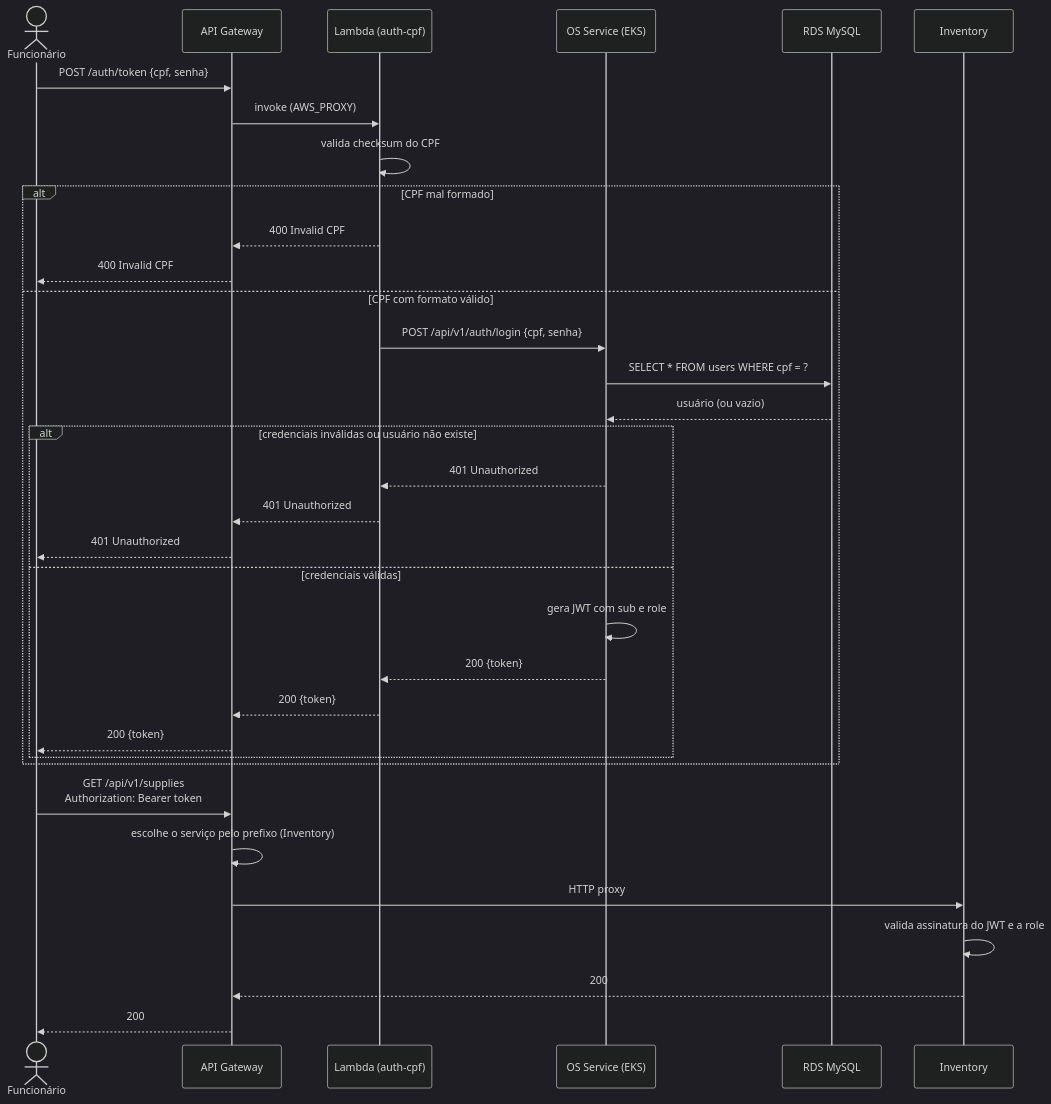
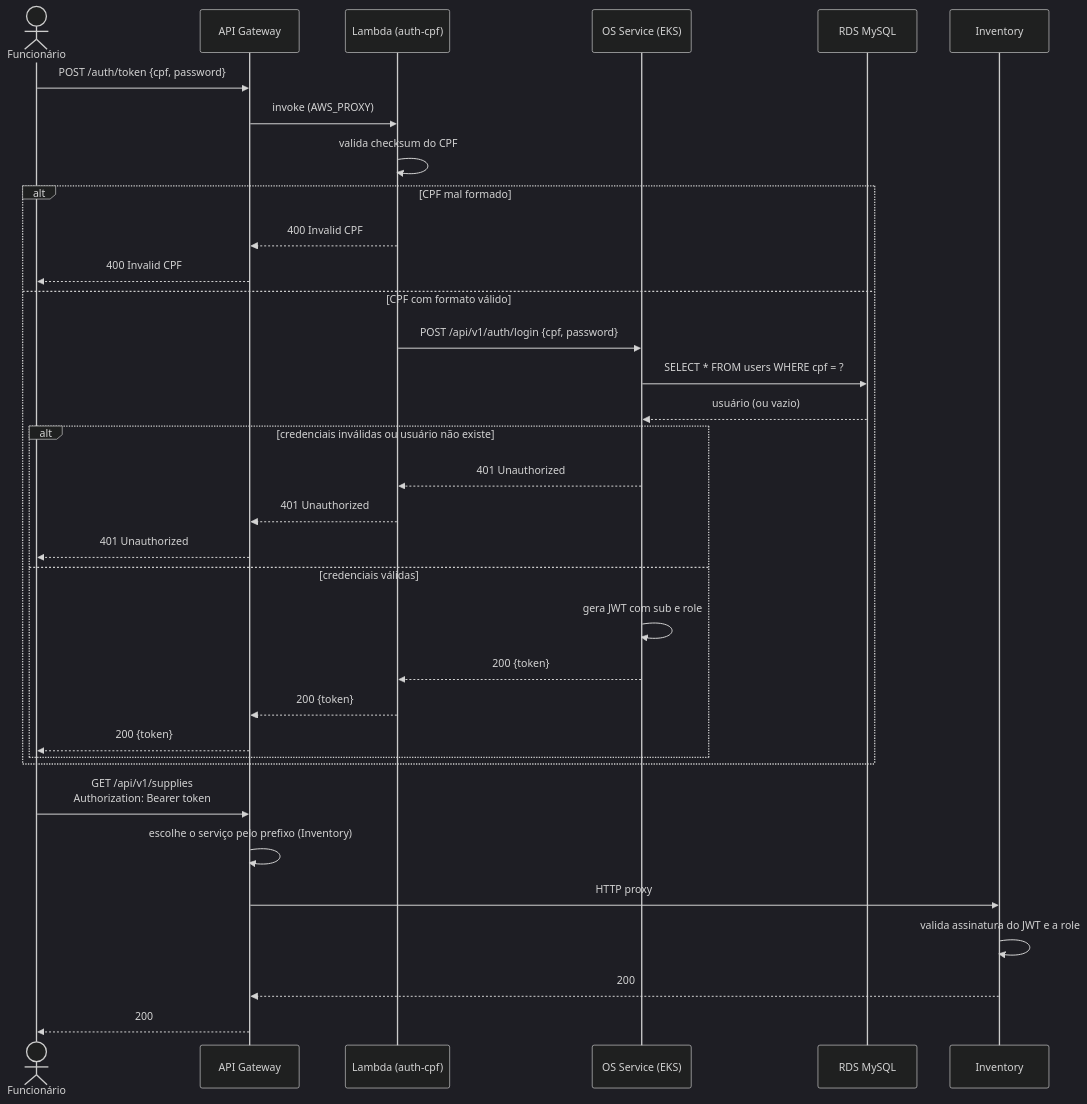
The fifth of 10 diagrams in docs/ARCHITECTURE.md (Adriana-Meyer/fiap-tech-challenge-os-service), drawn with Mermaid (dark theme) before and after one commit. The commit also changed 6 other files, not shown here.

Commit message:
docs: add a Postman collection for the saga flow and fix the login body field in the docs (#50)

````diff
--- a/docs/ARCHITECTURE.md
+++ b/docs/ARCHITECTURE.md
@@ -182,36 +182,36 @@
 ```mermaid
 sequenceDiagram
     actor F as Funcionário
     participant GW as API Gateway
     participant L as Lambda (auth-cpf)
     participant A as OS Service (EKS)
     participant DB as RDS MySQL
 
-    F->>GW: POST /auth/token {cpf, senha}
+    F->>GW: POST /auth/token {cpf, password}
     GW->>L: invoke (AWS_PROXY)
     L->>L: valida checksum do CPF
     alt CPF mal formado
         L-->>GW: 400 Invalid CPF
         GW-->>F: 400 Invalid CPF
     else CPF com formato válido
-        L->>A: POST /api/v1/auth/login {cpf, senha}
+        L->>A: POST /api/v1/auth/login {cpf, password}
         A->>DB: SELECT * FROM users WHERE cpf = ?
         DB-->>A: usuário (ou vazio)
         alt credenciais inválidas ou usuário não existe
             A-->>L: 401 Unauthorized
             L-->>GW: 401 Unauthorized
             GW-->>F: 401 Unauthorized
         else credenciais válidas
             A->>A: gera JWT com sub e role
             A-->>L: 200 {token}
             L-->>GW: 200 {token}
             GW-->>F: 200 {token}
         end
     end
     F->>GW: GET /api/v1/supplies<br/>Authorization: Bearer token
     GW->>GW: escolhe o serviço pelo prefixo (Inventory)
     GW->>Inventory: HTTP proxy
     Inventory->>Inventory: valida assinatura do JWT e a role
     Inventory-->>GW: 200
     GW-->>F: 200
 ```
````
